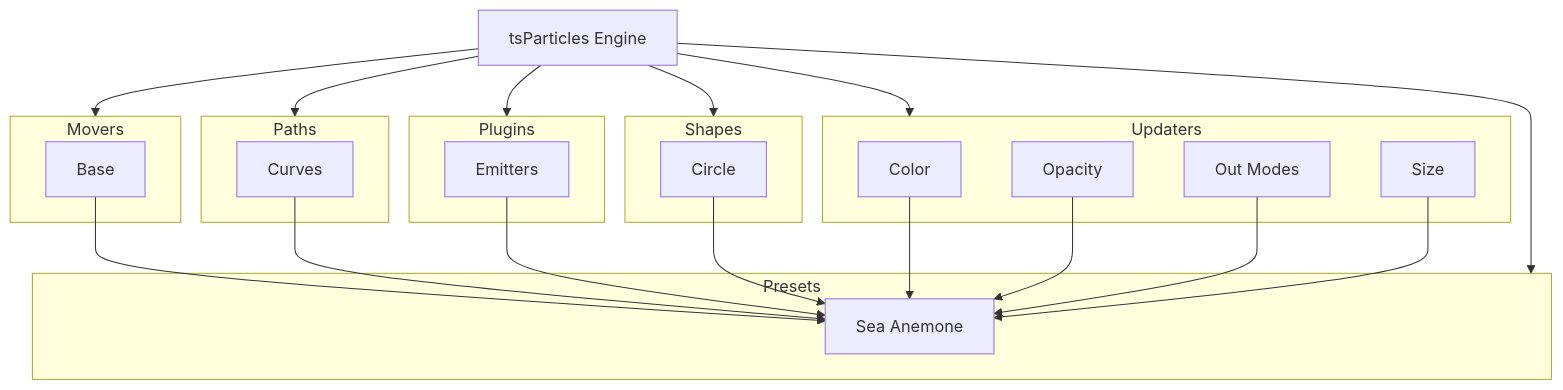
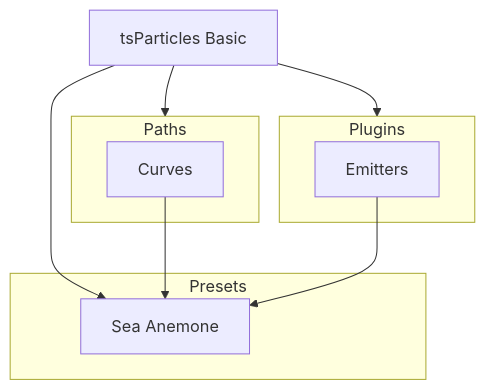
One commit to tsparticles/presets changed the diagram in presets/seaAnemone/README.md. Above: the diagram before and after it, drawn with Mermaid. The commit also changed 35 other files, not shown here.

Commit message:
feat: added squares preset build: updated all mermaid charts

````diff
--- a/presets/seaAnemone/README.md
+++ b/presets/seaAnemone/README.md
@@ -168,44 +168,21 @@
 ```mermaid
 flowchart TD
-
-subgraph m [Movers]
-mb[Base]
-end
-
-e[tsParticles Engine] --> m
 
 subgraph pa [Paths]
 pac[Curves]
 end
 
-e --> pa
+bb[tsParticles Basic] --> pa
 
 subgraph pl [Plugins]
 ple[Emitters]
 end
 
-e --> pl
-
-subgraph s [Shapes]
-sc[Circle]
-end
-
-e --> s
-
-subgraph u [Updaters]
-uc[Color]
-uop[Opacity]
-uou[Out Modes]
-usi[Size]
-end
-
-e --> u
+bb --> pl
 
 subgraph pr [Presets]
 prsa[Sea Anemone]
 end
 
-e --> pr
-
-mb & pac & ple & sc & uc & uop & uou & usi --> prsa
+bb & pac & ple --> prsa
 ```
````
